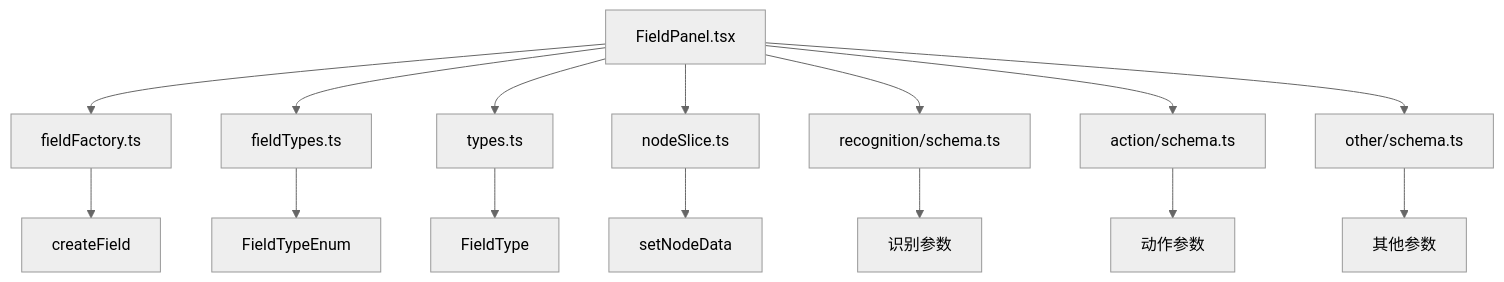
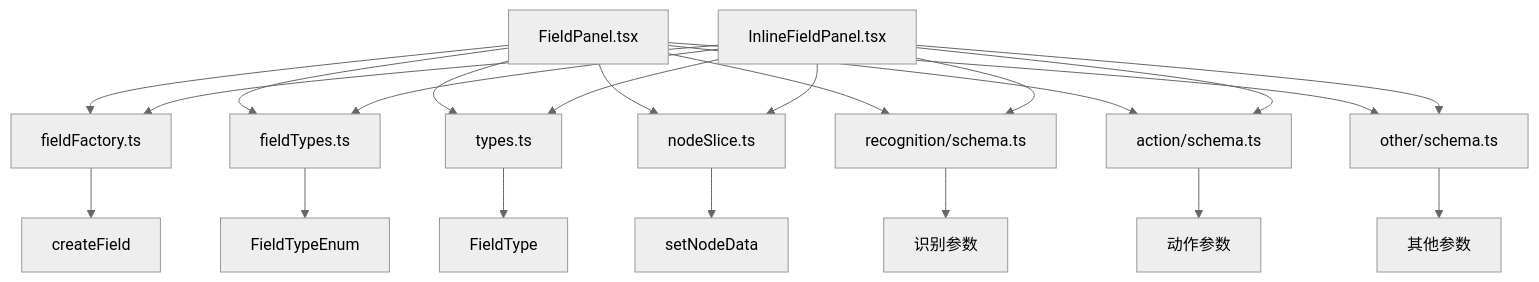
The seventh of 7 diagrams in .qoder/repowiki/zh/content/核心概念/字段面板.md (kqcoxn/MaaPipelineEditor), drawn with Mermaid (neutral theme) before and after one commit. The commit also changed other lines of this file and 5 other files, not shown here.

````diff
--- a/.qoder/repowiki/zh/content/核心概念/字段面板.md
+++ b/.qoder/repowiki/zh/content/核心概念/字段面板.md
@@ -227,17 +269,24 @@
 ```mermaid
 graph TD
 A[FieldPanel.tsx] --> B[fieldFactory.ts]
 A --> C[fieldTypes.ts]
 A --> D[types.ts]
 A --> E[nodeSlice.ts]
 B --> F[createField]
 C --> G[FieldTypeEnum]
 D --> H[FieldType]
 E --> I[setNodeData]
 A --> J[recognition/schema.ts]
 A --> K[action/schema.ts]
 A --> L[other/schema.ts]
 J --> M[识别参数]
 K --> N[动作参数]
 L --> O[其他参数]
+P[InlineFieldPanel.tsx] --> B
+P --> C
+P --> D
+P --> E
+P --> J
+P --> K
+P --> L
 ```
````
